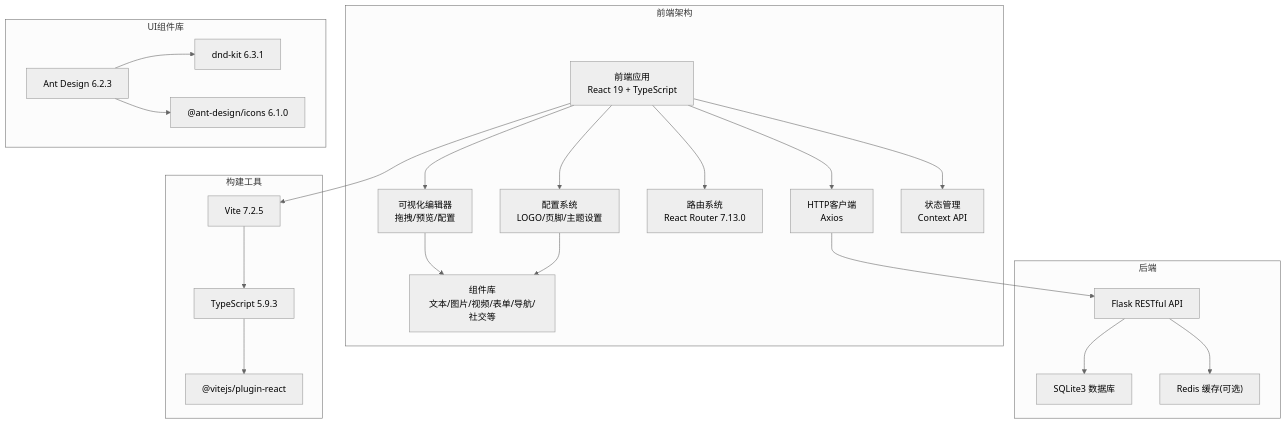
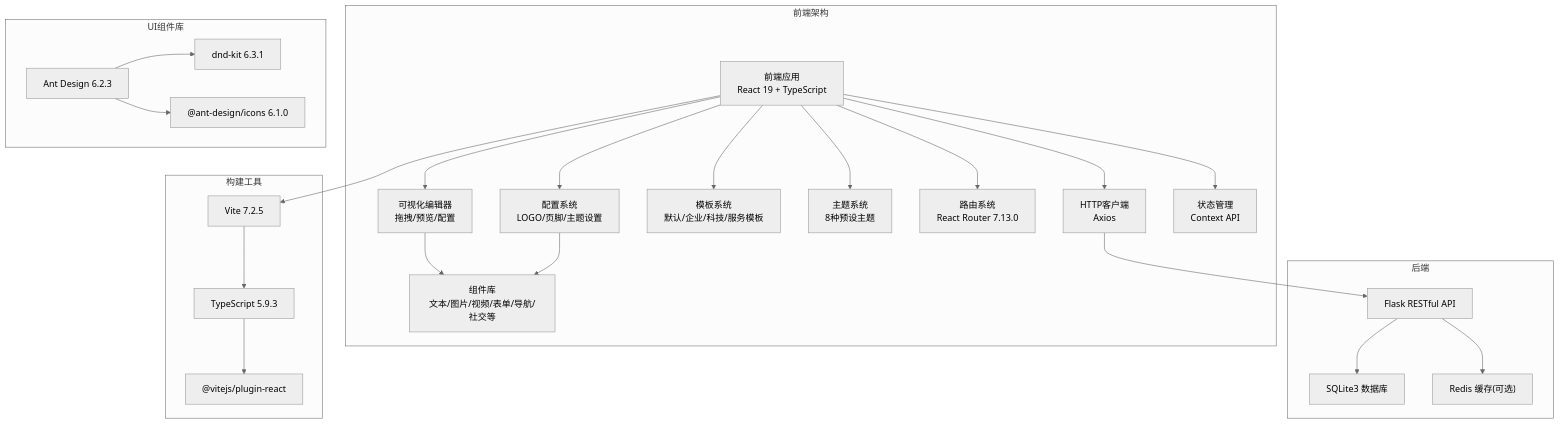
The first of 10 diagrams in .qoder/repowiki/zh/content/前端组件系统/前端组件系统.md (wyg5208/website_diy), drawn with Mermaid (neutral theme) before and after one commit. The commit also changed other lines of this file and 7 other files, not shown here.

````diff
--- a/.qoder/repowiki/zh/content/前端组件系统/前端组件系统.md
+++ b/.qoder/repowiki/zh/content/前端组件系统/前端组件系统.md
@@ -57,42 +63,46 @@
 ```mermaid
 graph TB
 subgraph "前端架构"
 FE_App["前端应用<br/>React 19 + TypeScript"]
 FE_Editor["可视化编辑器<br/>拖拽/预览/配置"]
 FE_Components["组件库<br/>文本/图片/视频/表单/导航/社交等"]
 FE_Config["配置系统<br/>LOGO/页脚/主题设置"]
+FE_Templates["模板系统<br/>默认/企业/科技/服务模板"]
+FE_Themes["主题系统<br/>8种预设主题"]
 FE_Router["路由系统<br/>React Router 7.13.0"]
 FE_HTTP["HTTP客户端<br/>Axios"]
 FE_State["状态管理<br/>Context API"]
 end
 subgraph "构建工具"
 BUILD_Vite["Vite 7.2.5"]
 BUILD_TS["TypeScript 5.9.3"]
 BUILD_Plugins["@vitejs/plugin-react"]
 end
 subgraph "UI组件库"
 UI_Antd["Ant Design 6.2.3"]
 UI_DnD["dnd-kit 6.3.1"]
 UI_Icons["@ant-design/icons 6.1.0"]
 end
 subgraph "后端"
 BE_API["Flask RESTful API"]
 BE_DB["SQLite3 数据库"]
 BE_Cache["Redis 缓存(可选)"]
 end
 FE_App --> FE_HTTP
 FE_HTTP --> BE_API
 BE_API --> BE_DB
 BE_API --> BE_Cache
 FE_App --> FE_Router
 FE_App --> FE_State
 FE_App --> FE_Editor
 FE_App --> FE_Config
+FE_App --> FE_Templates
+FE_App --> FE_Themes
 FE_Editor --> FE_Components
 FE_Config --> FE_Components
 FE_App --> BUILD_Vite
 BUILD_Vite --> BUILD_TS
 BUILD_TS --> BUILD_Plugins
 UI_Antd --> UI_DnD
 UI_Antd --> UI_Icons
 ```
````
